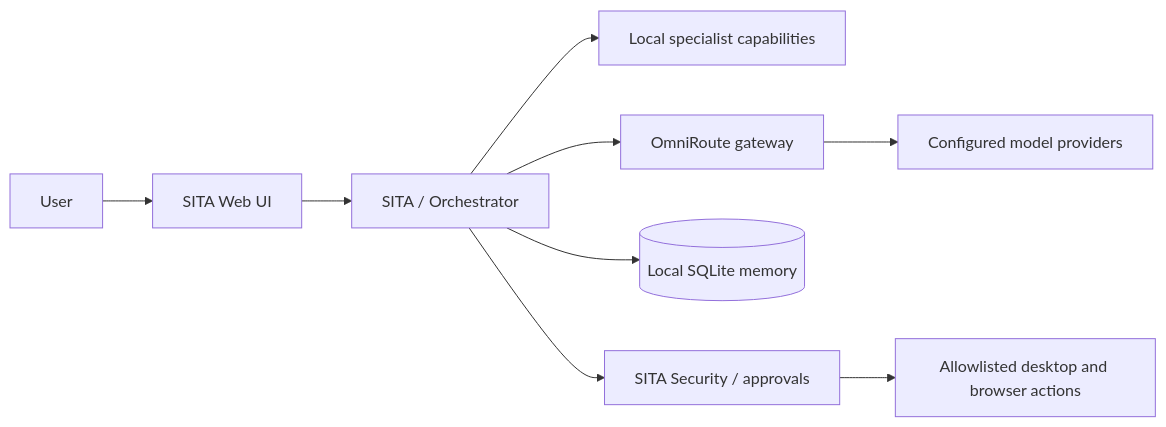
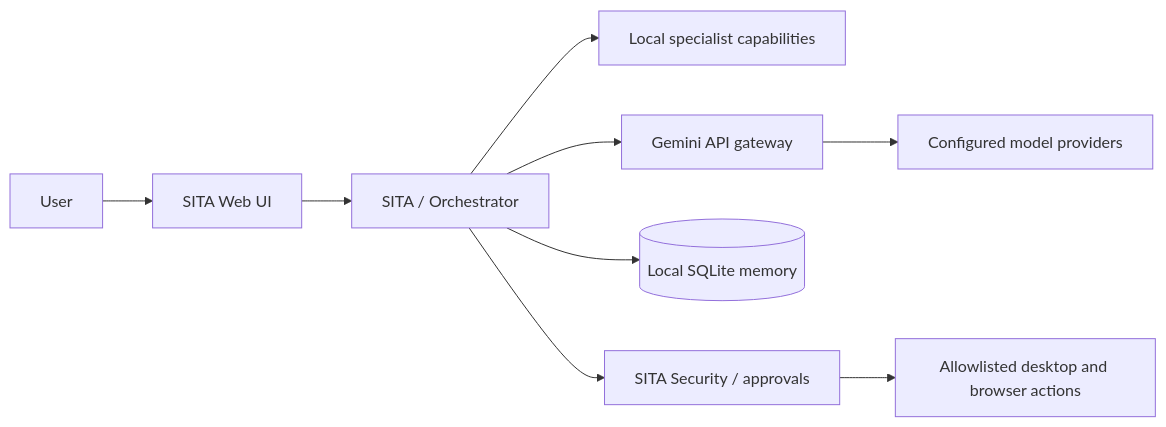
One commit to deathkernel/SITA changed the first of 12 diagrams in README.md. Above: the diagram before and after it, drawn with Mermaid. The commit also changed other lines of this file, not shown here.

Commit message:
Update README model provider references to Gemini

````diff
--- a/README.md
+++ b/README.md
@@ -329,11 +329,11 @@
 ```mermaid
 flowchart LR
   User[User] --> UI[SITA Web UI]
   UI --> App[SITA / Orchestrator]
   App --> Specialists[Local specialist capabilities]
-  App --> Gateway[OmniRoute gateway]
+  App --> Gateway[Gemini API gateway]
   Gateway --> Providers[Configured model providers]
   App --> SQLite[(Local SQLite memory)]
   App --> Security[SITA Security / approvals]
   Security --> Tools[Allowlisted desktop and browser actions]
 ```
````
